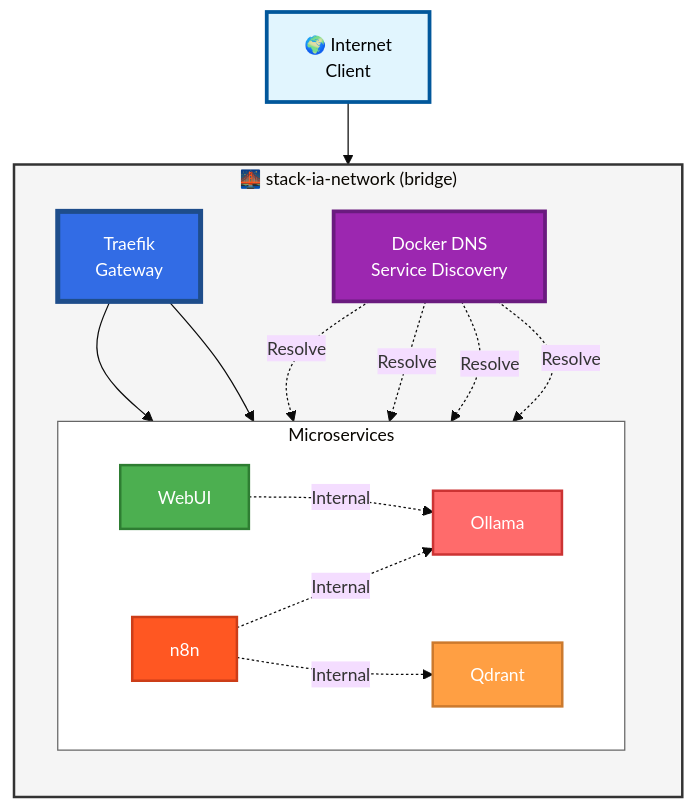
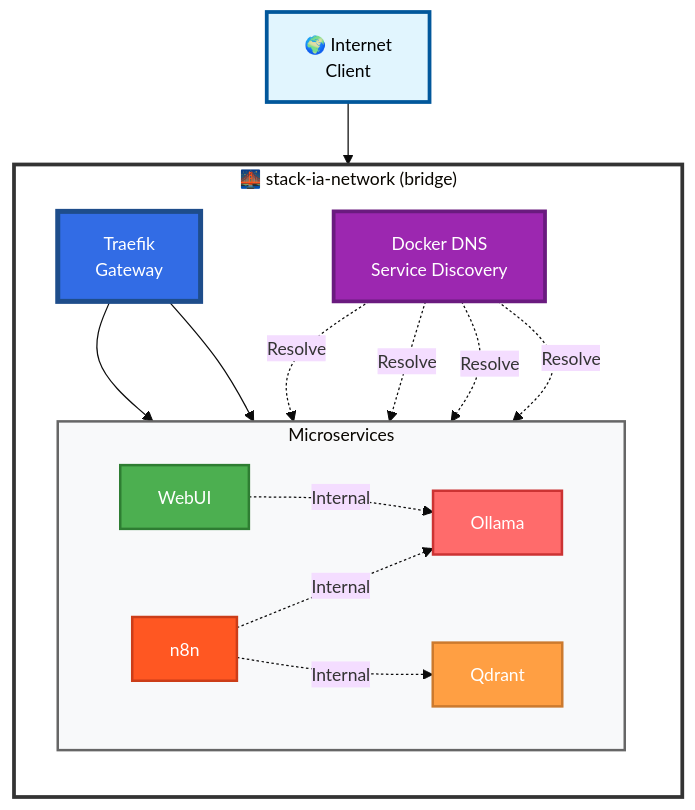
Diagram 14 of 14 in docs/ARCHITECTURE.md (MPFabio/Stack-IA), drawn with Mermaid before and after one commit. The commit also changed other lines of this file, not shown here.

````diff
--- a/docs/ARCHITECTURE.md
+++ b/docs/ARCHITECTURE.md
@@ -893,43 +909,43 @@
 ```mermaid
 %%{init: {'theme':'base', 'themeVariables': { 'fontSize':'14px'}}}%%
 graph TB
     EXTERNAL["🌍 Internet<br/>Client"]
     
     subgraph BRIDGE["🌉 stack-ia-network (bridge)"]
         direction TB
         TRAEFIK["Traefik<br/>Gateway"]
         
         subgraph MICROSERVICES["Microservices"]
             direction LR
             S1["WebUI"]
             S2["n8n"]
             S3["Ollama"]
             S4["Qdrant"]
         end
         
         DNS["Docker DNS<br/>Service Discovery"]
     end
     
     EXTERNAL --> TRAEFIK
     TRAEFIK --> S1
     TRAEFIK --> S2
     
     S1 -.Internal.-> S3
     S2 -.Internal.-> S3
     S2 -.Internal.-> S4
     
     DNS -.Resolve.-> S1
     DNS -.Resolve.-> S2
     DNS -.Resolve.-> S3
     DNS -.Resolve.-> S4
     
     style EXTERNAL fill:#e1f5fe,stroke:#01579b,stroke-width:3px,color:#000
     style TRAEFIK fill:#326ce5,stroke:#1e4d8b,stroke-width:4px,color:#fff
     style S1 fill:#4CAF50,stroke:#2e7d32,stroke-width:2px,color:#fff
     style S2 fill:#FF5722,stroke:#cc3d18,stroke-width:2px,color:#fff
     style S3 fill:#ff6b6b,stroke:#cc3333,stroke-width:2px,color:#fff
     style S4 fill:#ff9f43,stroke:#cc7a2e,stroke-width:2px,color:#fff
     style DNS fill:#9C27B0,stroke:#6a1b7f,stroke-width:3px,color:#fff
-    style BRIDGE fill:#f5f5f5,stroke:#333,stroke-width:2px
-    style MICROSERVICES fill:#fff,stroke:#666,stroke-width:1px
+    style BRIDGE fill:#ffffff,stroke:#333,stroke-width:3px
+    style MICROSERVICES fill:#f8f9fa,stroke:#666,stroke-width:2px
 ```
````
